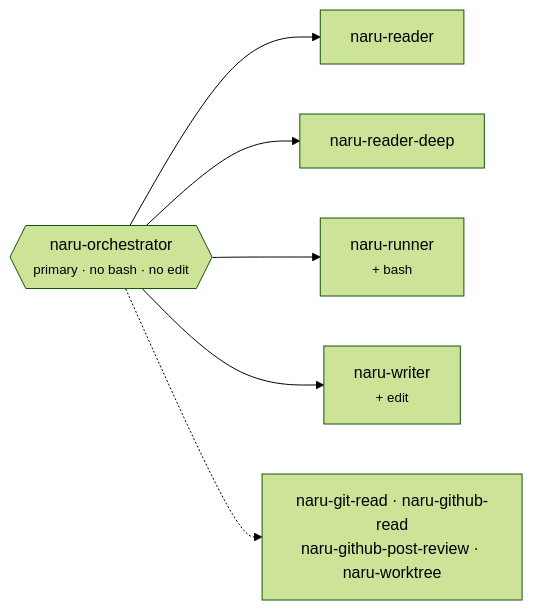
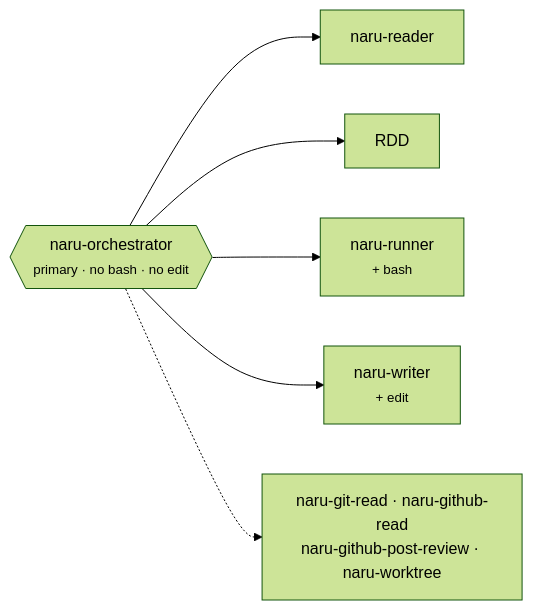
Before and after one commit to sean35mm/naru-opencode: the diagram in docs/development.md, drawn with Mermaid (forest theme). The commit also changed other lines of this file and 23 other files, not shown here.

````diff
--- a/docs/development.md
+++ b/docs/development.md
@@ -36,15 +36,14 @@
 ```mermaid
 flowchart LR
   ORC{{"naru-orchestrator<br/><small>primary · no bash · no edit</small>"}}
   RD["naru-reader"]
-  RDD["naru-reader-deep"]
   RUN["naru-runner<br/><small>+ bash</small>"]
   WR["naru-writer<br/><small>+ edit</small>"]
   TOOLS["naru-git-read · naru-github-read<br/>naru-github-post-review · naru-worktree"]
 
   ORC --> RD
   ORC --> RDD
   ORC --> RUN
   ORC --> WR
   ORC -.-> TOOLS
 ```
````
